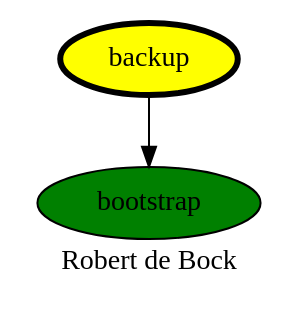
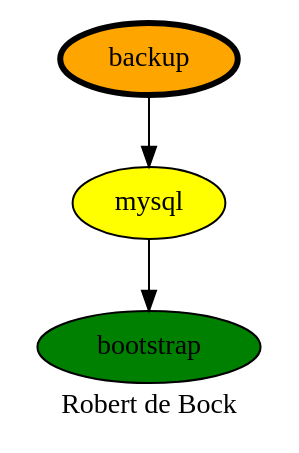
Before and after one commit to robertdebock/drawings: the diagram in backup.dot, drawn with Graphviz. The commit also changed 6 other files, not shown here.

```diff
--- a/backup.dot
+++ b/backup.dot
@@ -1,9 +1,11 @@
 digraph PhiloDilemma {
   label = "Robert de Bock" ;
   overlap=false
   {
     bootstrap [fillcolor=green style=filled]
-    backup [fillcolor=yellow style=filled penwidth=3]
+    mysql [fillcolor=yellow style=filled]
+    backup [fillcolor=orange style=filled penwidth=3]
   }
-  backup -> bootstrap
+  backup -> mysql
+  mysql -> bootstrap
 }
```
